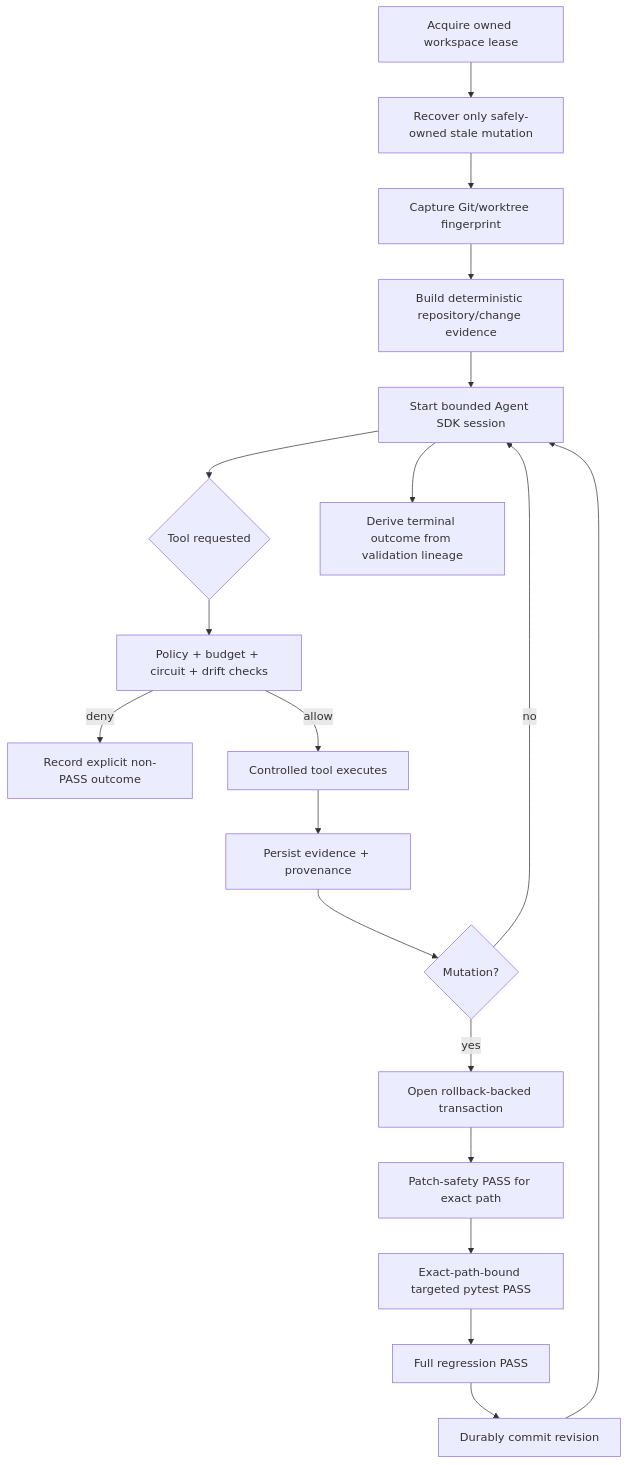
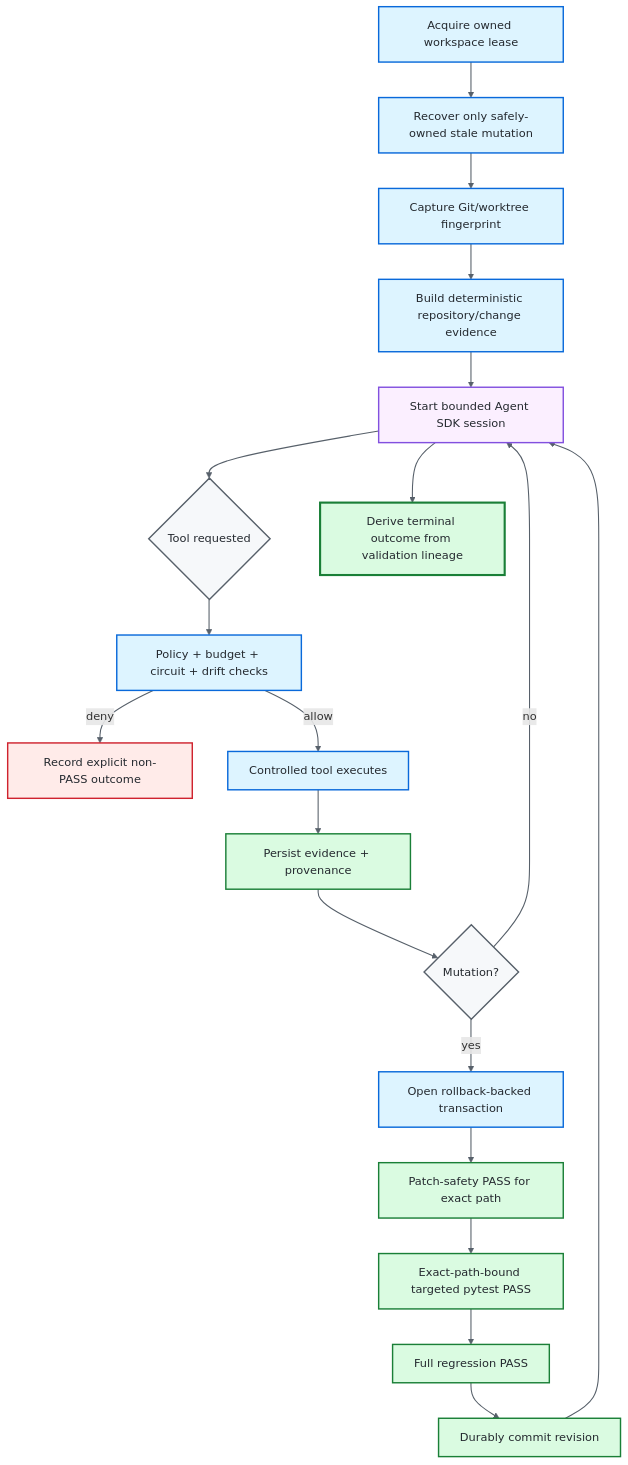
Before and after one commit to portyu9/ai-qa-automation: the third of 4 diagrams in README.md, drawn with Mermaid. The commit also changed other lines of this file, not shown here.

Commit message:
docs: elevate Mermaid architecture semantics and styling

````diff
--- a/README.md
+++ b/README.md
@@ -300,21 +342,39 @@
 ```mermaid
 flowchart TD
+    accTitle: Evidence-first runtime lifecycle with transactional mutation closure
+    accDescr: The runtime acquires and validates workspace ownership, builds deterministic evidence, starts bounded advisory reasoning, authorizes every tool request, persists provenance, and requires exact-path patch safety, targeted pytest, and full regression before a mutated revision can persist.
+
     A[Acquire owned workspace lease] --> B[Recover only safely-owned stale mutation]
     B --> C[Capture Git/worktree fingerprint]
     C --> D[Build deterministic repository/change evidence]
     D --> E[Start bounded Agent SDK session]
     E --> F{Tool requested}
     F --> G[Policy + budget + circuit + drift checks]
     G -->|deny| H[Record explicit non-PASS outcome]
     G -->|allow| I[Controlled tool executes]
     I --> J[Persist evidence + provenance]
-    J --> K{Mutation?}    
+    J --> K{Mutation?}
     K -->|no| E
     K -->|yes| L[Open rollback-backed transaction]
     L --> M[Patch-safety PASS for exact path]
     M --> N[Exact-path-bound targeted pytest PASS]
     N --> O[Full regression PASS]
     O --> P[Durably commit revision]
     P --> E
     E --> Q[Derive terminal outcome from validation lineage]
+
+    classDef control fill:#ddf4ff,stroke:#0969da,color:#24292f,stroke-width:2px
+    classDef advisory fill:#fbefff,stroke:#8250df,color:#24292f,stroke-width:2px
+    classDef decision fill:#f6f8fa,stroke:#57606a,color:#24292f,stroke-width:2px
+    classDef denied fill:#ffebe9,stroke:#cf222e,color:#24292f,stroke-width:2px
+    classDef evidence fill:#dafbe1,stroke:#1a7f37,color:#24292f,stroke-width:2px
+    classDef terminal fill:#dafbe1,stroke:#1a7f37,color:#24292f,stroke-width:3px
+
+    class A,B,C,D,G,I,L control
+    class E advisory
+    class F,K decision
+    class H denied
+    class J,M,N,O,P evidence
+    class Q terminal
+    linkStyle default stroke:#57606a,stroke-width:1.5px
 ```
````
